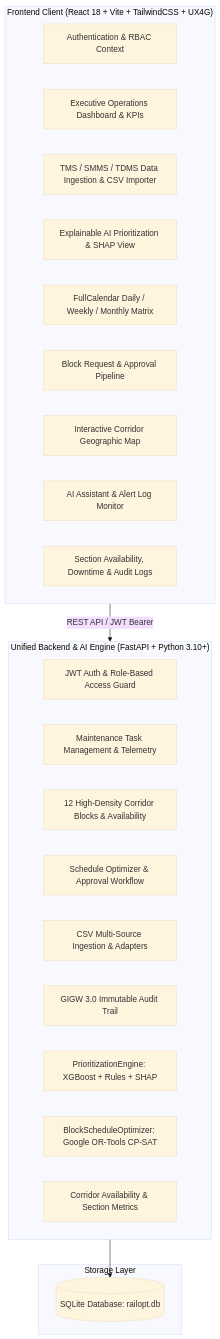
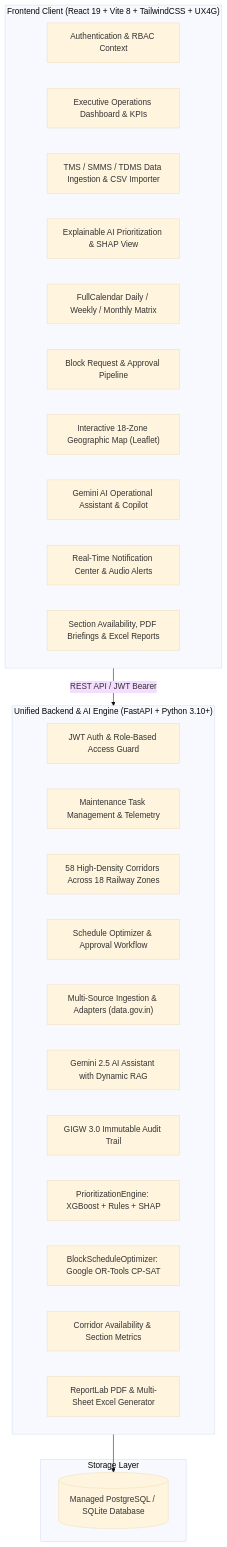
The first of 2 diagrams in README.md (subham120/RailOpt-AI), drawn with Mermaid (base theme) before and after one commit. The commit also changed other lines of this file, not shown here.

Commit message:
docs: update README.md for v2.0 with 18 zones, Gemini assistant, and deployment guides

````diff
--- a/README.md
+++ b/README.md
@@ -41,33 +45,36 @@
 ```mermaid
 graph TB
-    subgraph Frontend["Frontend Client (React 18 + Vite + TailwindCSS + UX4G)"]
+    subgraph Frontend["Frontend Client (React 19 + Vite 8 + TailwindCSS + UX4G)"]
         UI_AUTH["Authentication & RBAC Context"]
         UI_DASH["Executive Operations Dashboard & KPIs"]
         UI_INT["TMS / SMMS / TDMS Data Ingestion & CSV Importer"]
         UI_AI["Explainable AI Prioritization & SHAP View"]
         UI_GANTT["FullCalendar Daily / Weekly / Monthly Matrix"]
         UI_REQ["Block Request & Approval Pipeline"]
-        UI_MAP["Interactive Corridor Geographic Map"]
-        UI_ASST["AI Assistant & Alert Log Monitor"]
-        UI_REP["Section Availability, Downtime & Audit Logs"]
+        UI_MAP["Interactive 18-Zone Geographic Map (Leaflet)"]
+        UI_ASST["Gemini AI Operational Assistant & Copilot"]
+        UI_NOTIF["Real-Time Notification Center & Audio Alerts"]
+        UI_REP["Section Availability, PDF Briefings & Excel Reports"]
     end
 
     subgraph Backend["Unified Backend & AI Engine (FastAPI + Python 3.10+)"]
         API_AUTH["JWT Auth & Role-Based Access Guard"]
         API_TASKS["Maintenance Task Management & Telemetry"]
-        API_CORR["12 High-Density Corridor Blocks & Availability"]
+        API_CORR["58 High-Density Corridors Across 18 Railway Zones"]
         API_SCHED["Schedule Optimizer & Approval Workflow"]
-        API_INGEST["CSV Multi-Source Ingestion & Adapters"]
+        API_INGEST["Multi-Source Ingestion & Adapters (data.gov.in)"]
+        API_ASST["Gemini 2.5 AI Assistant with Dynamic RAG"]
         API_AUDIT["GIGW 3.0 Immutable Audit Trail"]
         AI_PRIO["PrioritizationEngine: XGBoost + Rules + SHAP"]
         AI_OPT["BlockScheduleOptimizer: Google OR-Tools CP-SAT"]
         AI_METRICS["Corridor Availability & Section Metrics"]
+        API_REP["ReportLab PDF & Multi-Sheet Excel Generator"]
     end
 
     subgraph Storage["Storage Layer"]
-        DB[("SQLite Database: railopt.db")]
+        DB[("Managed PostgreSQL / SQLite Database")]
     end
 
     Frontend -->|"REST API / JWT Bearer"| Backend
     Backend --> DB
 ```
````
